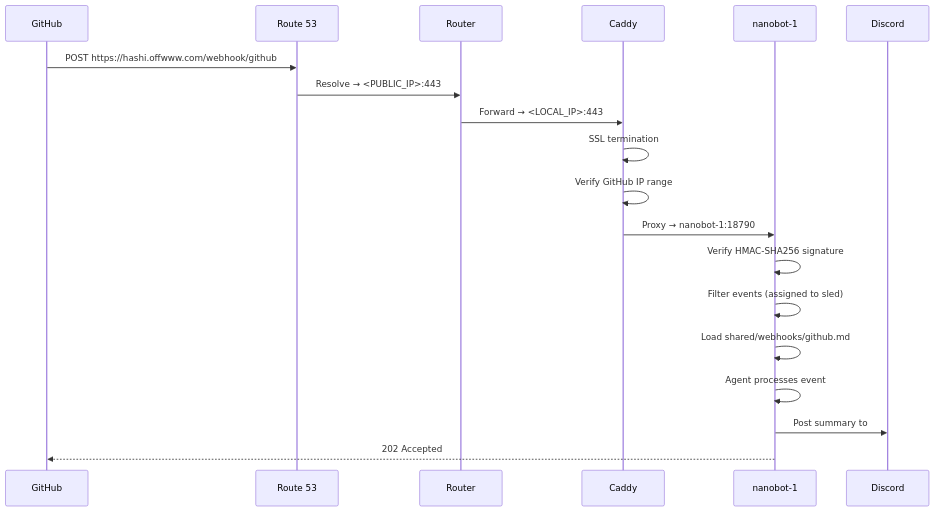
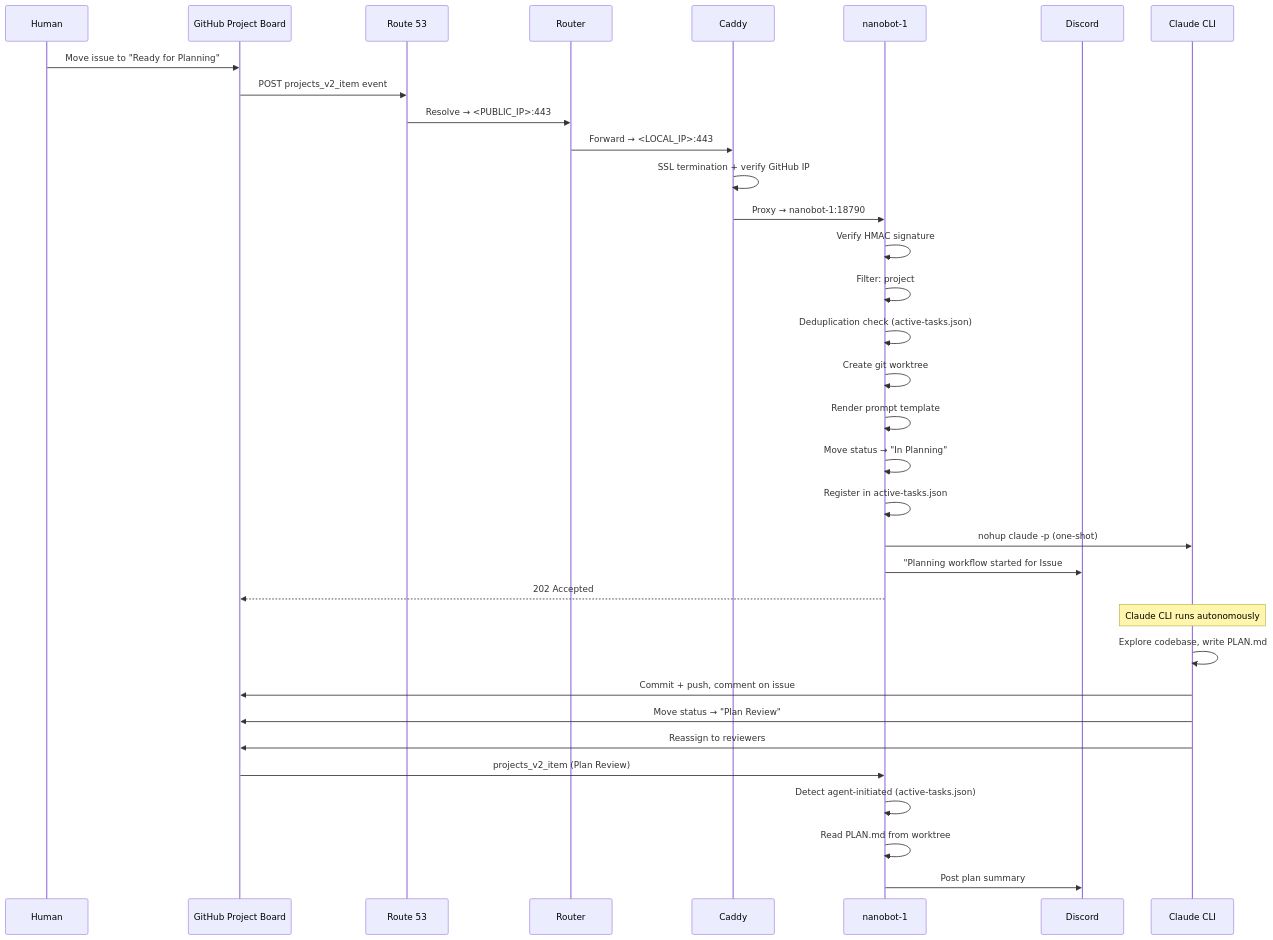
One commit to 0ZComputing/nanobot changed the second of 2 diagrams in docs/INSTANCE_SETUPS.md. Above: the diagram before and after it, drawn with Mermaid. The commit also changed other lines of this file, not shown here.

First line of the commit message:
docs: update instance setup and project flow documentation

````diff
--- a/docs/INSTANCE_SETUPS.md
+++ b/docs/INSTANCE_SETUPS.md
@@ -81,22 +101,39 @@
 ```mermaid
 sequenceDiagram
-    participant GH as GitHub
+    participant User as Human
+    participant GH as GitHub Project Board
     participant DNS as Route 53
     participant R as Router
     participant C as Caddy
     participant N as nanobot-1
     participant D as Discord
+    participant CL as Claude CLI
 
-    GH->>DNS: POST https://hashi.offwww.com/webhook/github
+    User->>GH: Move issue to "Ready for Planning"
+    GH->>DNS: POST projects_v2_item event
     DNS->>R: Resolve → <PUBLIC_IP>:443
     R->>C: Forward → <LOCAL_IP>:443
-    C->>C: SSL termination
-    C->>C: Verify GitHub IP range
+    C->>C: SSL termination + verify GitHub IP
     C->>N: Proxy → nanobot-1:18790
-    N->>N: Verify HMAC-SHA256 signature
-    N->>N: Filter events (assigned to sled)
-    N->>N: Load shared/webhooks/github.md
-    N->>N: Agent processes event
-    N->>D: Post summary to #general
+    N->>N: Verify HMAC signature
+    N->>N: Filter: project #9, status change, assignee=sledcycle
+    N->>N: Deduplication check (active-tasks.json)
+    N->>N: Create git worktree
+    N->>N: Render prompt template
+    N->>N: Move status → "In Planning"
+    N->>N: Register in active-tasks.json
+    N->>CL: nohup claude -p (one-shot)
+    N->>D: "Planning workflow started for Issue #N"
     N-->>GH: 202 Accepted
+
+    Note over CL: Claude CLI runs autonomously
+    CL->>CL: Explore codebase, write PLAN.md
+    CL->>GH: Commit + push, comment on issue
+    CL->>GH: Move status → "Plan Review"
+    CL->>GH: Reassign to reviewers
+
+    GH->>N: projects_v2_item (Plan Review)
+    N->>N: Detect agent-initiated (active-tasks.json)
+    N->>N: Read PLAN.md from worktree
+    N->>D: Post plan summary
 ```
````
